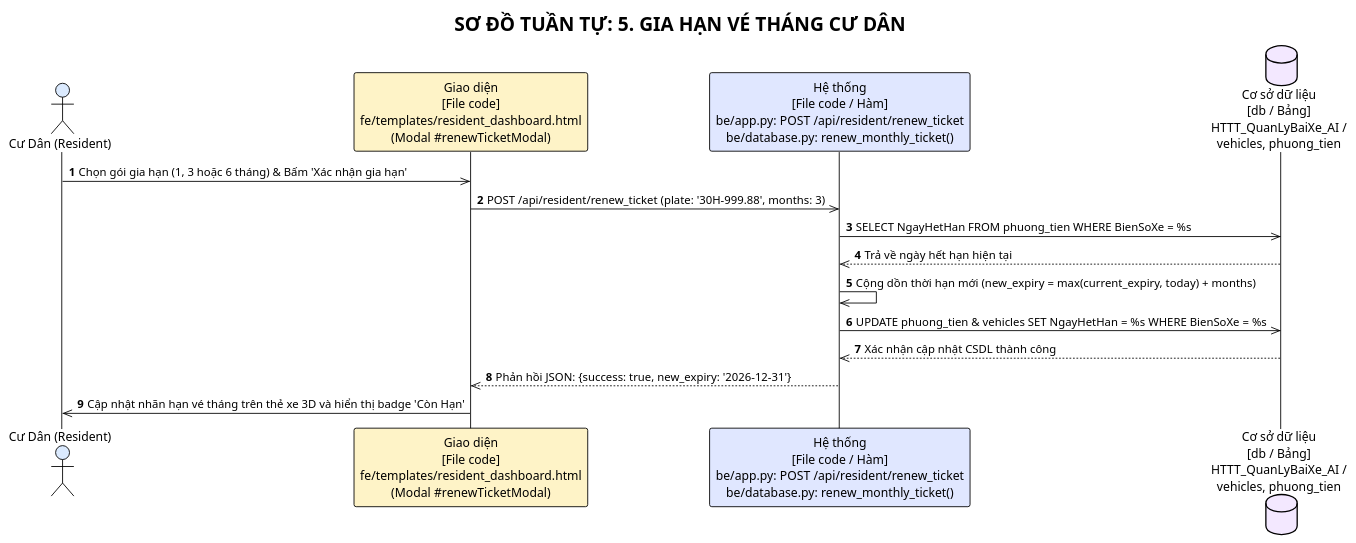
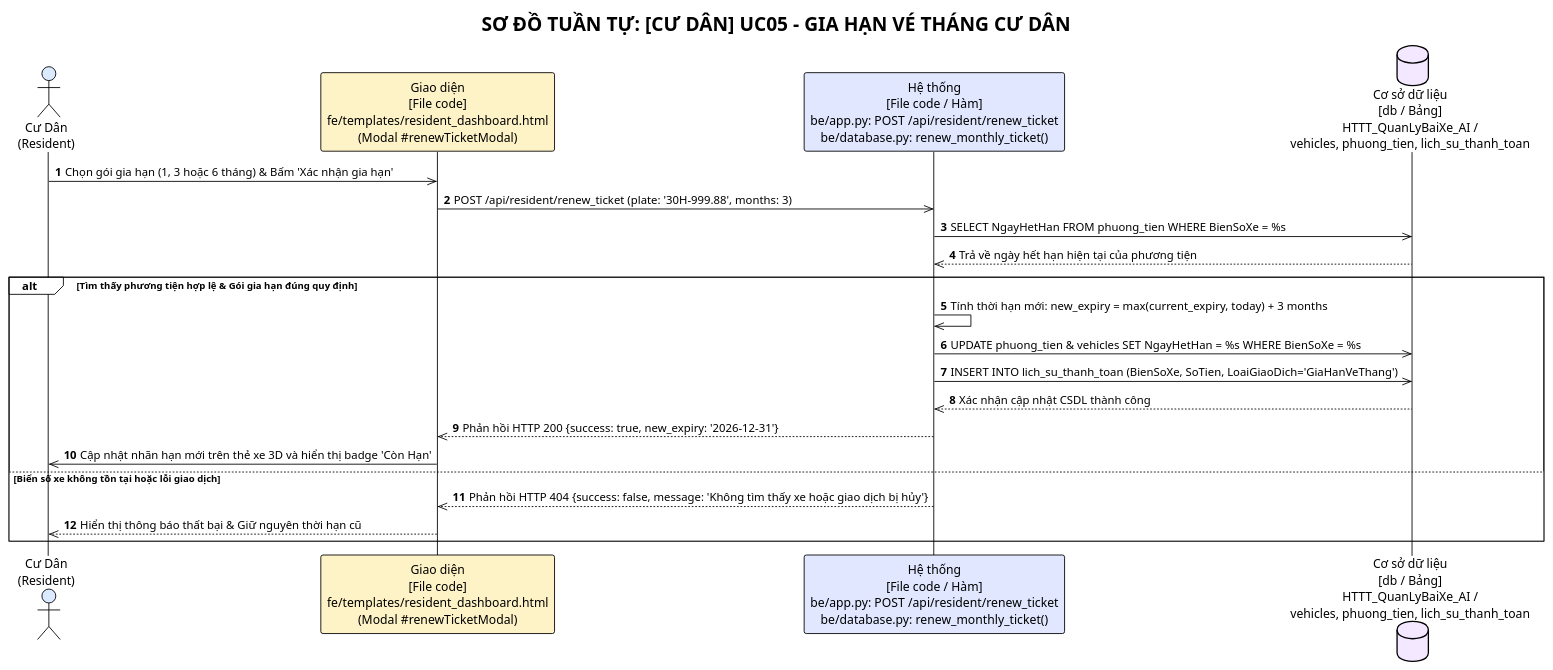
Before and after one commit to Truong027/CNPM24: the fifth of 13 diagrams in ongthanquoctruong_24CT2_cnpm/docs/SEQUENCE_DIAGRAMS.puml, drawn with PlantUML. The commit also changed other lines of this file and 26 other files, not shown here.

Commit message:
docs: update sequence diagrams with actor stick figures, alt frames, and grouped by actor

```diff
--- a/ongthanquoctruong_24CT2_cnpm/docs/SEQUENCE_DIAGRAMS.puml
+++ b/ongthanquoctruong_24CT2_cnpm/docs/SEQUENCE_DIAGRAMS.puml
@@ -92,21 +125,28 @@
-@startuml uc05_renew_pass
+@startuml uc05_resident_renew_pass
 !theme plain
-title SƠ ĐỒ TUẦN TỰ: 5. GIA HẠN VÉ THÁNG CƯ DÂN
+title SƠ ĐỒ TUẦN TỰ: [CƯ DÂN] UC05 - GIA HẠN VÉ THÁNG CƯ DÂN
 autonumber
 
-actor "Cư Dân (Resident)" as Actor #DBEAFE
+actor "Cư Dân\n(Resident)" as Actor #DBEAFE
 participant "Giao diện\n[File code]\nfe/templates/resident_dashboard.html\n(Modal #renewTicketModal)" as UI #FEF3C7
 participant "Hệ thống\n[File code / Hàm]\nbe/app.py: POST /api/resident/renew_ticket\nbe/database.py: renew_monthly_ticket()" as Sys #E0E7FF
-database "Cơ sở dữ liệu\n[db / Bảng]\nHTTT_QuanLyBaiXe_AI /\nvehicles, phuong_tien" as DB #F3E8FF
+database "Cơ sở dữ liệu\n[db / Bảng]\nHTTT_QuanLyBaiXe_AI /\nvehicles, phuong_tien, lich_su_thanh_toan" as DB #F3E8FF
 
 Actor ->> UI: Chọn gói gia hạn (1, 3 hoặc 6 tháng) & Bấm 'Xác nhận gia hạn'
 UI ->> Sys: POST /api/resident/renew_ticket (plate: '30H-999.88', months: 3)
 Sys ->> DB: SELECT NgayHetHan FROM phuong_tien WHERE BienSoXe = %s
-DB -->> Sys: Trả về ngày hết hạn hiện tại
-Sys ->> Sys: Cộng dồn thời hạn mới (new_expiry = max(current_expiry, today) + months)
-Sys ->> DB: UPDATE phuong_tien & vehicles SET NgayHetHan = %s WHERE BienSoXe = %s
-DB -->> Sys: Xác nhận cập nhật CSDL thành công
-Sys -->> UI: Phản hồi JSON: {success: true, new_expiry: '2026-12-31'}
-UI ->> Actor: Cập nhật nhãn hạn vé tháng trên thẻ xe 3D và hiển thị badge 'Còn Hạn'
+DB -->> Sys: Trả về ngày hết hạn hiện tại của phương tiện
+
+alt Tìm thấy phương tiện hợp lệ & Gói gia hạn đúng quy định
+    Sys ->> Sys: Tính thời hạn mới: new_expiry = max(current_expiry, today) + 3 months
+    Sys ->> DB: UPDATE phuong_tien & vehicles SET NgayHetHan = %s WHERE BienSoXe = %s
+    Sys ->> DB: INSERT INTO lich_su_thanh_toan (BienSoXe, SoTien, LoaiGiaoDich='GiaHanVeThang')
+    DB -->> Sys: Xác nhận cập nhật CSDL thành công
+    Sys -->> UI: Phản hồi HTTP 200 {success: true, new_expiry: '2026-12-31'}
+    UI ->> Actor: Cập nhật nhãn hạn mới trên thẻ xe 3D và hiển thị badge 'Còn Hạn'
+else Biển số xe không tồn tại hoặc lỗi giao dịch
+    Sys -->> UI: Phản hồi HTTP 404 {success: false, message: 'Không tìm thấy xe hoặc giao dịch bị hủy'}
+    UI -->> Actor: Hiển thị thông báo thất bại & Giữ nguyên thời hạn cũ
+end
 
 @enduml
```
